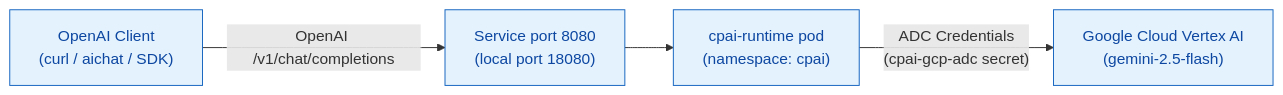
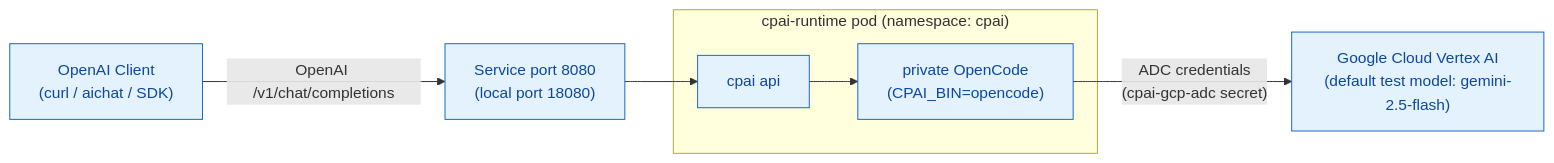
The diagram in d2-cpai/AGENTS.md (sublimino/architecture-as-code), drawn with Mermaid before and after one commit. The commit also changed other lines of this file and 50 other files, not shown here.

````diff
--- a/d2-cpai/AGENTS.md
+++ b/d2-cpai/AGENTS.md
@@ -25,14 +26,18 @@
 ```mermaid
 flowchart LR
   CLIENT["OpenAI Client<br/>(curl / aichat / SDK)"]
   PORT["Service port 8080<br/>(local port 18080)"]
-  POD["cpai-runtime pod<br/>(namespace: cpai)"]
-  VERTEX["Google Cloud Vertex AI<br/>(gemini-2.5-flash)"]
+  subgraph POD["cpai-runtime pod (namespace: cpai)"]
+    API["cpai api"]
+    OC["private OpenCode<br/>(CPAI_BIN=opencode)"]
+  end
+  VERTEX["Google Cloud Vertex AI<br/>(default test model: gemini-2.5-flash)"]
 
   CLIENT -- "OpenAI /v1/chat/completions" --> PORT
-  PORT --> POD
-  POD -- "ADC Credentials<br/>(cpai-gcp-adc secret)" --> VERTEX
+  PORT --> API
+  API --> OC
+  OC -- "ADC credentials<br/>(cpai-gcp-adc secret)" --> VERTEX
 
   classDef box fill:#e3f2fd,stroke:#1565c0,color:#0d47a1;
-  class CLIENT,PORT,POD,VERTEX box;
+  class CLIENT,PORT,API,OC,VERTEX box;
 ```
````
